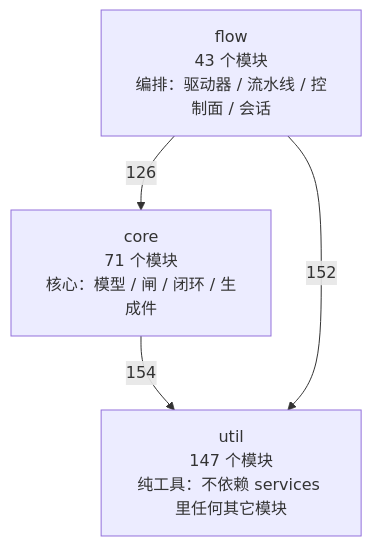
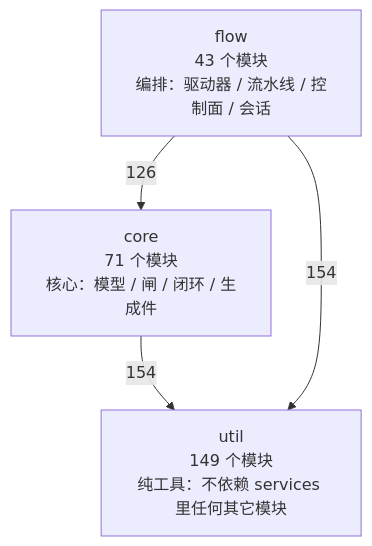
The first of 4 diagrams in docs/SlideRule V6.2 架构图（自动生成）.md (2686521696/WhyBuddy), drawn with Mermaid before and after one commit. The commit also changed other lines of this file and 91 other files, not shown here.

````diff
--- a/docs/SlideRule V6.2 架构图（自动生成）.md
+++ b/docs/SlideRule V6.2 架构图（自动生成）.md
@@ -50,9 +50,9 @@
 ```mermaid
 flowchart TB
-  util["util<br/>147 个模块<br/>纯工具：不依赖 services 里任何其它模块"]
+  util["util<br/>149 个模块<br/>纯工具：不依赖 services 里任何其它模块"]
   core["core<br/>71 个模块<br/>核心：模型 / 闸 / 闭环 / 生成件"]
   flow["flow<br/>43 个模块<br/>编排：驱动器 / 流水线 / 控制面 / 会话"]
   core -->|154| util
   flow -->|126| core
-  flow -->|152| util
+  flow -->|154| util
 ```
````
